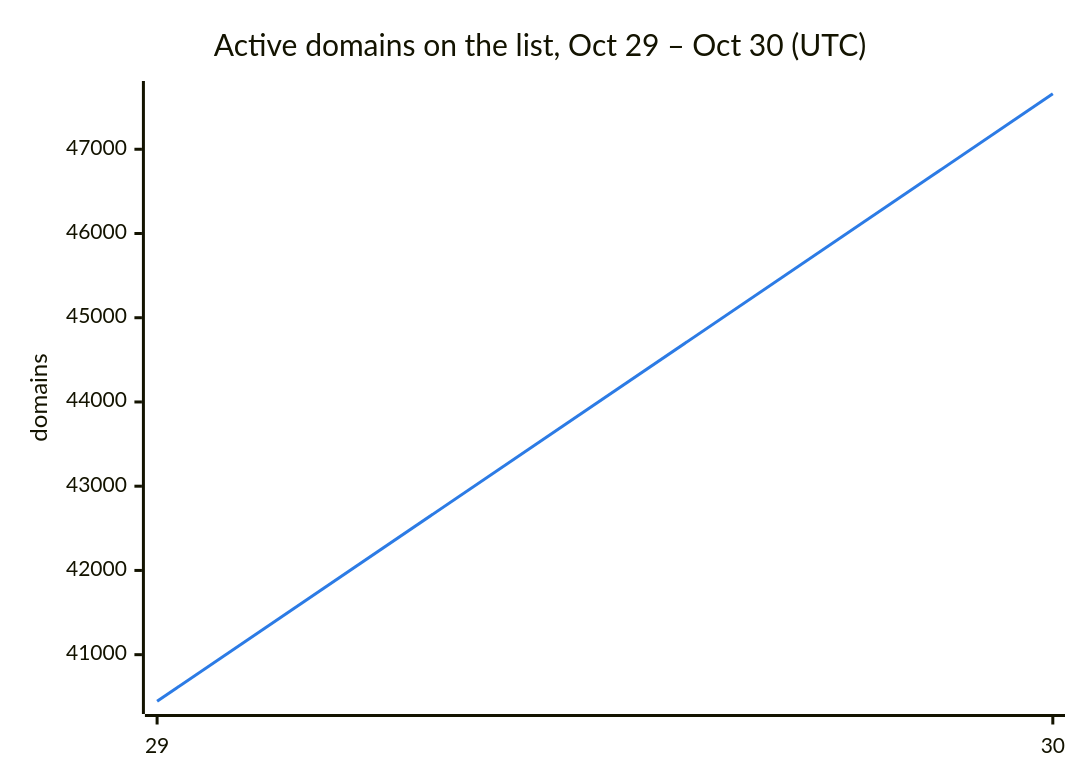
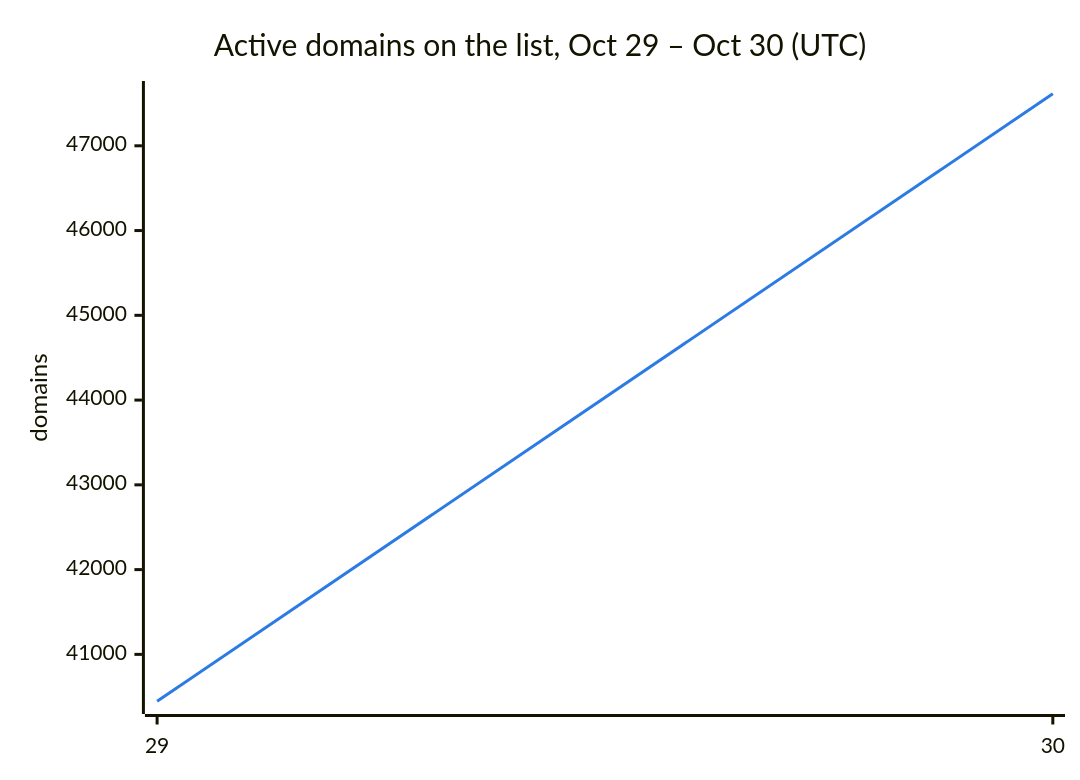
The second of 3 diagrams in README.md (DNSBunker/CTI), drawn with Mermaid before and after one commit. The commit also changed other lines of this file and 3 other files, not shown here.

````diff
--- a/README.md
+++ b/README.md
@@ -38,8 +38,8 @@
 ```mermaid
 %%{init: {"themeVariables": {"xyChart": {"plotColorPalette": "#2c7be5"}}}}%%
 xychart-beta
     title "Active domains on the list, Oct 29 – Oct 30 (UTC)"
     x-axis ["29", "30"]
     y-axis "domains"
-    line [40447, 47659]
+    line [40447, 47614]
 ```
````
